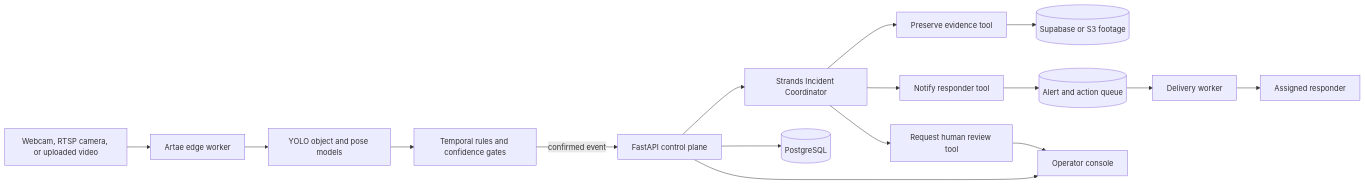
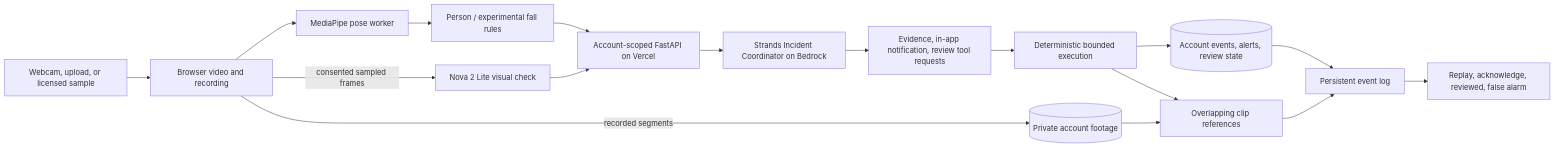
One commit to Wasseem10/artae-vision changed the diagram in docs/hackathon-architecture.md. Above: the diagram before and after it, drawn with Mermaid. The commit also changed other lines of this file and 6 other files, not shown here.

Commit message:
Keep recording blobs separate from session metadata and verify persistent replay

````diff
--- a/docs/hackathon-architecture.md
+++ b/docs/hackathon-architecture.md
@@ -7,21 +7,19 @@
 ```mermaid
 flowchart LR
-    Camera[Webcam, RTSP camera, or uploaded video] --> Edge[Artae edge worker]
-    Edge --> YOLO[YOLO object and pose models]
-    YOLO --> Rules[Temporal rules and confidence gates]
-    Rules -->|confirmed event| API[FastAPI control plane]
-
-    API --> Strands[Strands Incident Coordinator]
-    Strands --> Evidence[Preserve evidence tool]
-    Strands --> Notify[Notify responder tool]
-    Strands --> Review[Request human review tool]
-
-    Evidence --> Storage[(Supabase or S3 footage)]
-    Notify --> Alerts[(Alert and action queue)]
-    Review --> Console[Operator console]
-    Alerts --> Worker[Delivery worker]
-    Worker --> Responder[Assigned responder]
-
-    API --> Database[(PostgreSQL)]
-    API --> Console
+    Video[Webcam, upload, or licensed sample] --> Browser[Browser video and recording]
+    Browser --> Pose[MediaPipe pose worker]
+    Pose --> Rules[Person / experimental fall rules]
+    Browser -->|consented sampled frames| Vision[Nova 2 Lite visual check]
+    Rules --> API[Account-scoped FastAPI on Vercel]
+    Vision --> API
+    API --> Agent[Strands Incident Coordinator on Bedrock]
+    Agent --> Plan[Evidence, in-app notification, review tool requests]
+    Plan --> Execute[Deterministic bounded execution]
+    Execute --> DB[(Account events, alerts, review state)]
+    Browser -->|recorded segments| Storage[(Private account footage)]
+    Storage --> Evidence[Overlapping clip references]
+    Execute --> Evidence
+    DB --> UI[Persistent event log]
+    Evidence --> UI
+    UI --> Human[Replay, acknowledge, reviewed, false alarm]
 ```
````
